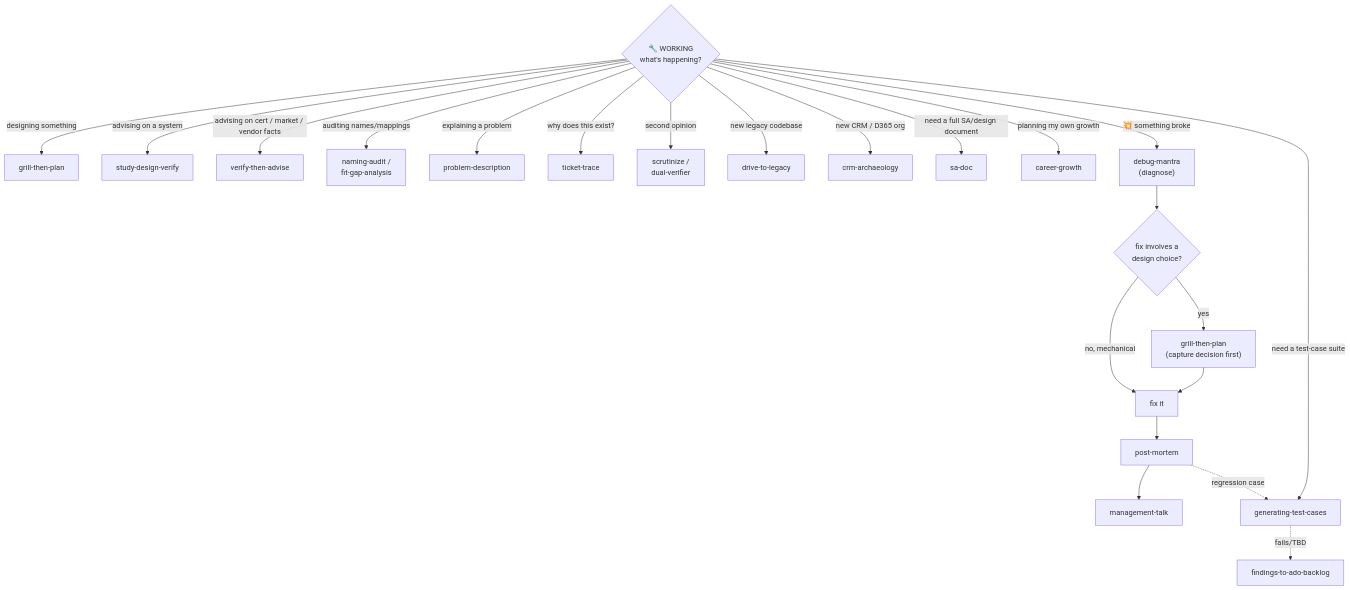
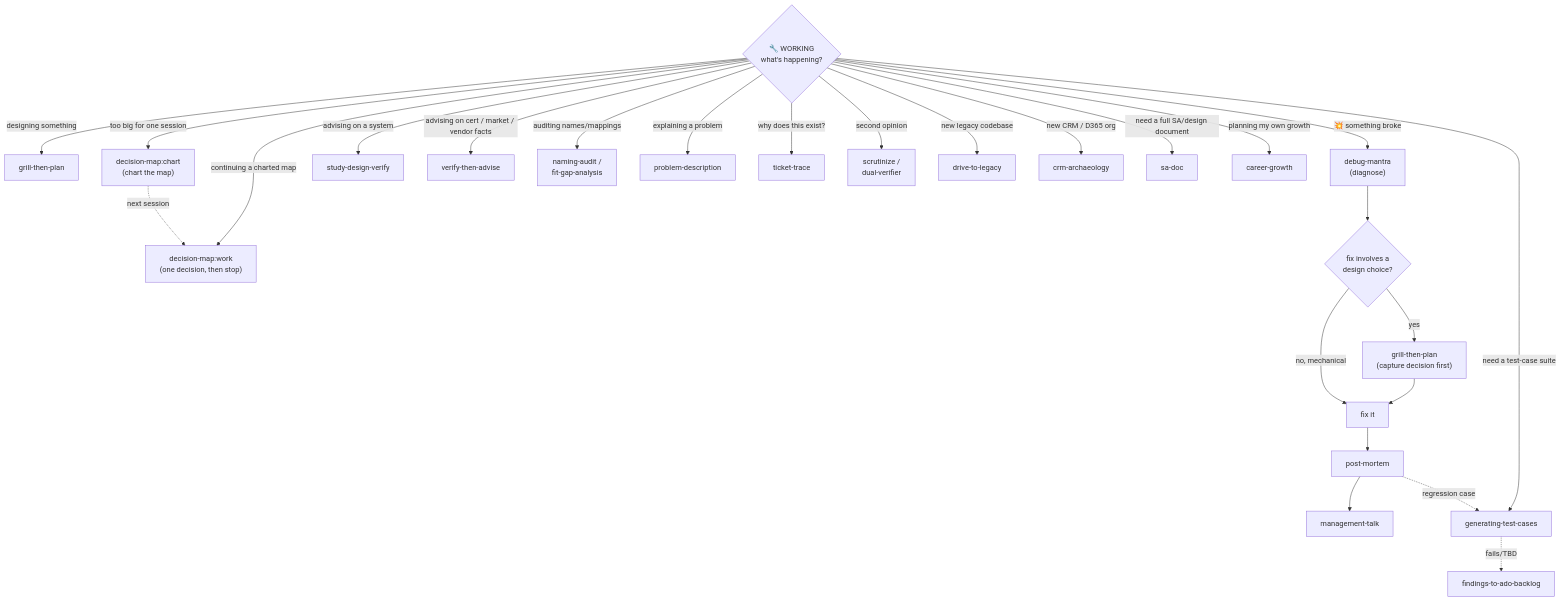
Before and after one commit to ThodsaphonSonthiphin/workflow-daily-work: the second of 2 diagrams in PLAYBOOK.md, drawn with Mermaid. The commit also changed other lines of this file and 8 other files, not shown here.

First line of the commit message:
feat(decision-map): route WORK to decision-map, rescope every claim to v1

````diff
--- a/PLAYBOOK.md
+++ b/PLAYBOOK.md
@@ -42,27 +42,30 @@
 ```mermaid
 flowchart TD
     WORK{"🔧 WORKING<br/>what's happening?"}
 
     WORK -- designing something --> GTP["grill-then-plan"]
+    WORK -- too big for one session --> DMAP["decision-map:chart<br/>(chart the map)"]
+    WORK -- continuing a charted map --> DMW["decision-map:work<br/>(one decision, then stop)"]
+    DMAP -. next session .-> DMW
     WORK -- advising on a system --> SDV["study-design-verify"]
     WORK -- advising on cert / market / vendor facts --> VTA["verify-then-advise"]
     WORK -- auditing names/mappings --> NA["naming-audit /<br/>fit-gap-analysis"]
     WORK -- explaining a problem --> PD["problem-description"]
     WORK -- why does this exist? --> TT["ticket-trace"]
     WORK -- second opinion --> SC["scrutinize /<br/>dual-verifier"]
     WORK -- new legacy codebase --> DTL["drive-to-legacy"]
     WORK -- new CRM / D365 org --> CA["crm-archaeology"]
     WORK -- need a full SA/design document --> SAD["sa-doc"]
     WORK -- planning my own growth --> CG["career-growth"]
 
     WORK -- 💥 something broke --> DM["debug-mantra<br/>(diagnose)"]
     DM --> Q{"fix involves a<br/>design choice?"}
     Q -- no, mechanical --> FIX["fix it"]
     Q -- yes --> GTP2["grill-then-plan<br/>(capture decision first)"]
     GTP2 --> FIX
     FIX --> PM["post-mortem"]
     PM --> MT["management-talk"]
     WORK -- need a test-case suite --> GTC["generating-test-cases"]
     PM -. regression case .-> GTC
     GTC -. fails/TBD .-> FILEHINT["findings-to-ado-backlog"]
 ```
````
